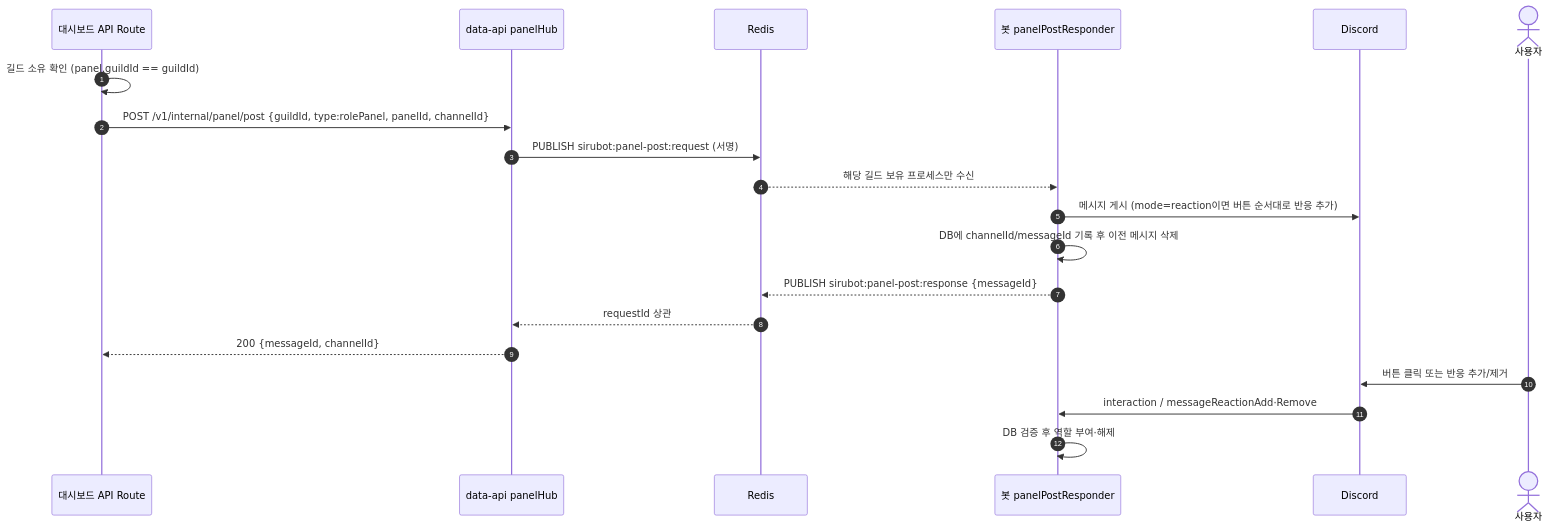
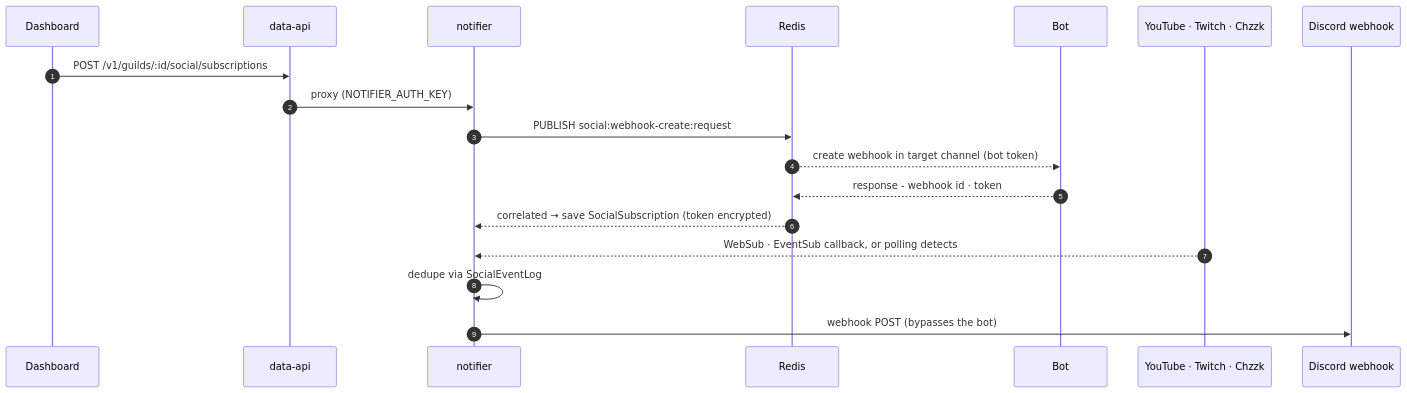
Before and after one commit to mochilabs/SiruBOT: the ninth of 10 diagrams in docs/architecture.md, drawn with Mermaid. The commit also changed other lines of this file and 115 other files, not shown here.

````diff
--- a/docs/architecture.md
+++ b/docs/architecture.md
@@ -421,23 +422,21 @@
 ```mermaid
 sequenceDiagram
     autonumber
-    participant W as 대시보드 API Route
-    participant DA as data-api panelHub
+    participant W as Dashboard
+    participant DA as data-api
+    participant N as notifier
     participant R as Redis
-    participant B as 봇 panelPostResponder
-    participant D as Discord
-    actor U as 사용자
+    participant B as Bot
+    participant P as YouTube · Twitch · Chzzk
+    participant D as Discord webhook
 
-    W->>W: 길드 소유 확인 (panel.guildId == guildId)
-    W->>DA: POST /v1/internal/panel/post {guildId, type:rolePanel, panelId, channelId}
-    DA->>R: PUBLISH sirubot:panel-post:request (서명)
-    R-->>B: 해당 길드 보유 프로세스만 수신
-    B->>D: 메시지 게시 (mode=reaction이면 버튼 순서대로 반응 추가)
-    B->>B: DB에 channelId/messageId 기록 후 이전 메시지 삭제
-    B-->>R: PUBLISH sirubot:panel-post:response {messageId}
-    R-->>DA: requestId 상관
-    DA-->>W: 200 {messageId, channelId}
-    U->>D: 버튼 클릭 또는 반응 추가/제거
-    D->>B: interaction / messageReactionAdd·Remove
-    B->>B: DB 검증 후 역할 부여·해제
+    W->>DA: POST /v1/guilds/:id/social/subscriptions
+    DA->>N: proxy (NOTIFIER_AUTH_KEY)
+    N->>R: PUBLISH social:webhook-create:request
+    R-->>B: create webhook in target channel (bot token)
+    B-->>R: response - webhook id · token
+    R-->>N: correlated → save SocialSubscription (token encrypted)
+    P-->>N: WebSub · EventSub callback, or polling detects
+    N->>N: dedupe via SocialEventLog
+    N->>D: webhook POST (bypasses the bot)
 ```
````
